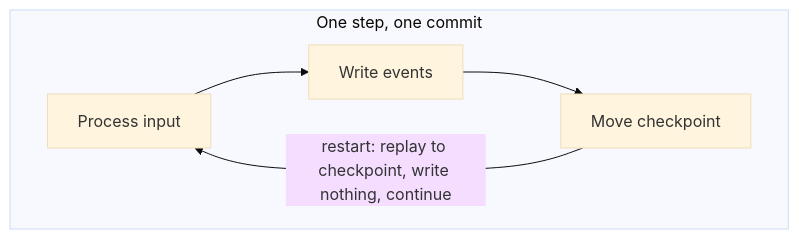
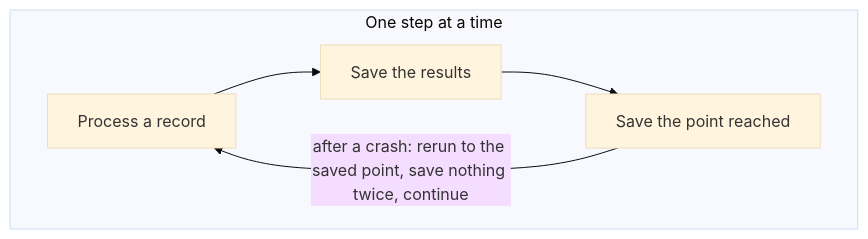
The fourth of 6 diagrams in DESIGN.md (gongyuchenggong/counterfoil), drawn with Mermaid (base theme) before and after one commit. The commit also changed other lines of this file and 14 other files, not shown here.

````diff
--- a/DESIGN.md
+++ b/DESIGN.md
@@ -140,9 +107,9 @@
 ```mermaid
 flowchart LR
     accTitle: How a restart recovers
-    subgraph step["One step, one commit"]
+    subgraph step["One step at a time"]
         direction LR
-        input["Process input"] --> write["Write events"] --> move["Move checkpoint"]
+        input["Process a record"] --> write["Save the results"] --> move["Save the point reached"]
     end
-    move -- "restart: replay to checkpoint, write nothing, continue" --> input
+    move -- "after a crash: rerun to the saved point, save nothing twice, continue" --> input
 ```
````
